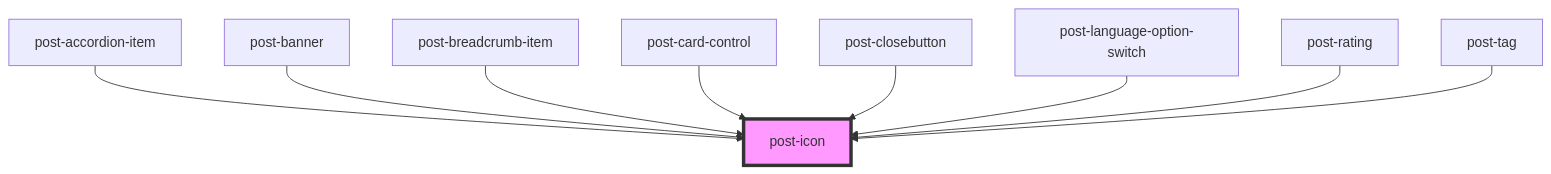
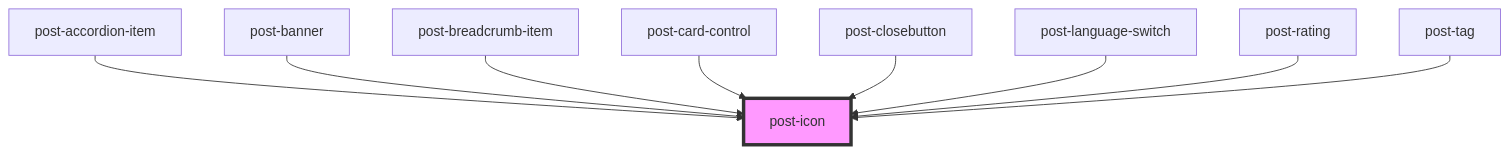
Before and after one commit to swisspost/design-system: the diagram in packages/components/src/components/post-icon/readme.md, drawn with Mermaid. The commit also changed other lines of this file and 30 other files, not shown here.

Commit message:
rename post-language-switch to post-language-switch-2 and post-language-option-switch to post-language-switch

````diff
--- a/packages/components/src/components/post-icon/readme.md
+++ b/packages/components/src/components/post-icon/readme.md
@@ -35,12 +35,12 @@
 ```mermaid
 graph TD;
   post-accordion-item --> post-icon
   post-banner --> post-icon
   post-breadcrumb-item --> post-icon
   post-card-control --> post-icon
   post-closebutton --> post-icon
-  post-language-option-switch --> post-icon
+  post-language-switch --> post-icon
   post-rating --> post-icon
   post-tag --> post-icon
   style post-icon fill:#f9f,stroke:#333,stroke-width:4px
 ```
````
